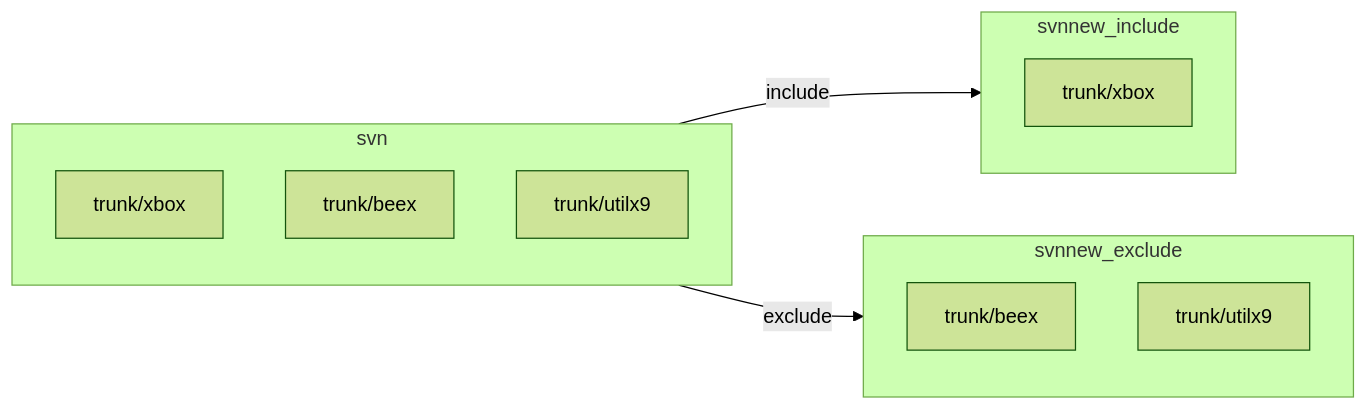
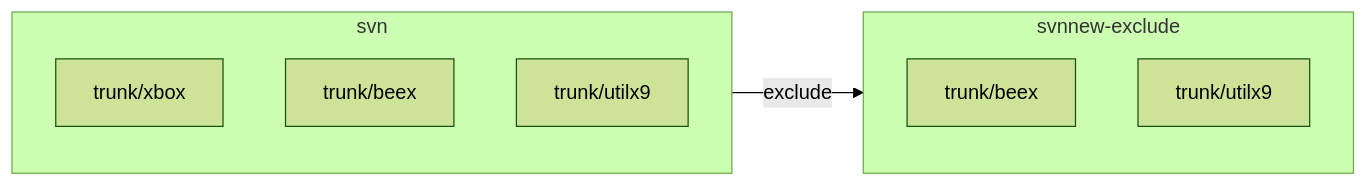
The second of 5 diagrams in helper_svn.md (lankahsu520/HelperX), drawn with Mermaid (forest theme) before and after one commit. The commit also changed other lines of this file, not shown here.

````diff
--- a/helper_svn.md
+++ b/helper_svn.md
@@ -3,20 +84,15 @@
 ```mermaid
 flowchart LR
 	subgraph svn
 			svn_xbox[trunk/xbox]
 			svn_beex[trunk/beex]
 			svn_utilx9[trunk/utilx9]
 	end
 
-	subgraph svnnew_include
-			svnnew_xbox[trunk/xbox]	
-	end
-
-	subgraph svnnew_exclude
+	subgraph svnnew-exclude
 			svnnew_beex[trunk/beex]
 			svnnew_utilx9[trunk/utilx9]
 	end
 
-	svn --> |include|svnnew_include
-	svn --> |exclude|svnnew_exclude
+	svn --> |exclude|svnnew-exclude
 ```
````
